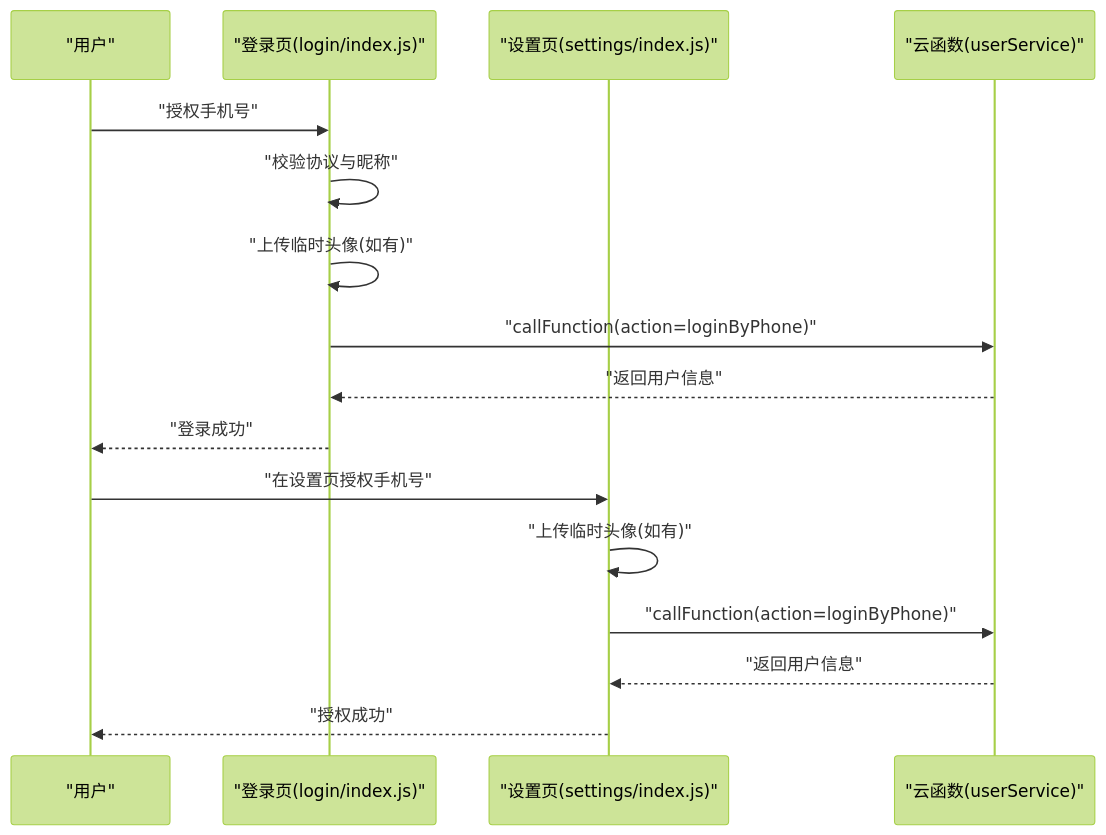
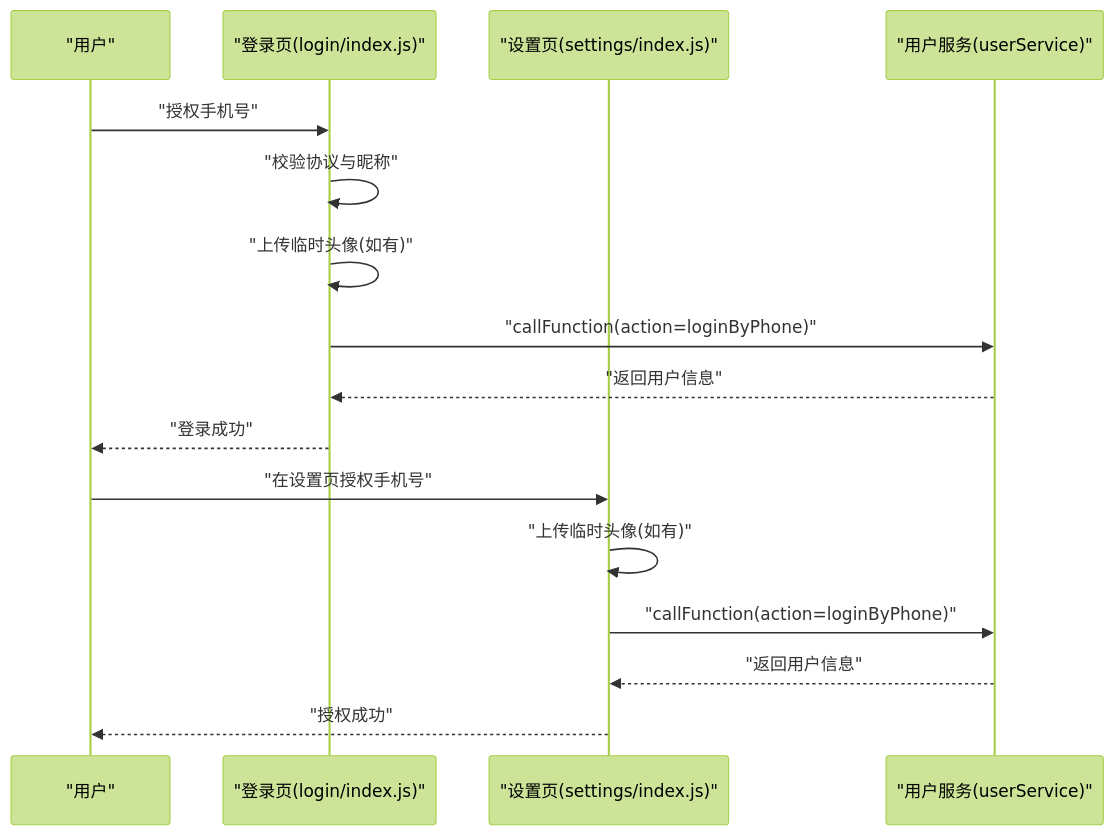
One commit to sunxuebo91/- changed the fourth of 9 diagrams in .qoder/repowiki/zh/content/核心功能/用户系统/用户系统.md. Above: the diagram before and after it, drawn with Mermaid (forest theme). The commit also changed other lines of this file and 123 other files, not shown here.

````diff
--- a/.qoder/repowiki/zh/content/核心功能/用户系统/用户系统.md
+++ b/.qoder/repowiki/zh/content/核心功能/用户系统/用户系统.md
@@ -197,18 +281,18 @@
 ```mermaid
 sequenceDiagram
 participant U as "用户"
 participant L as "登录页(login/index.js)"
 participant S as "设置页(settings/index.js)"
-participant C as "云函数(userService)"
+participant C as "用户服务(userService)"
 U->>L : "授权手机号"
 L->>L : "校验协议与昵称"
 L->>L : "上传临时头像(如有)"
 L->>C : "callFunction(action=loginByPhone)"
 C-->>L : "返回用户信息"
 L-->>U : "登录成功"
 U->>S : "在设置页授权手机号"
 S->>S : "上传临时头像(如有)"
 S->>C : "callFunction(action=loginByPhone)"
 C-->>S : "返回用户信息"
 S-->>U : "授权成功"
 ```
````
